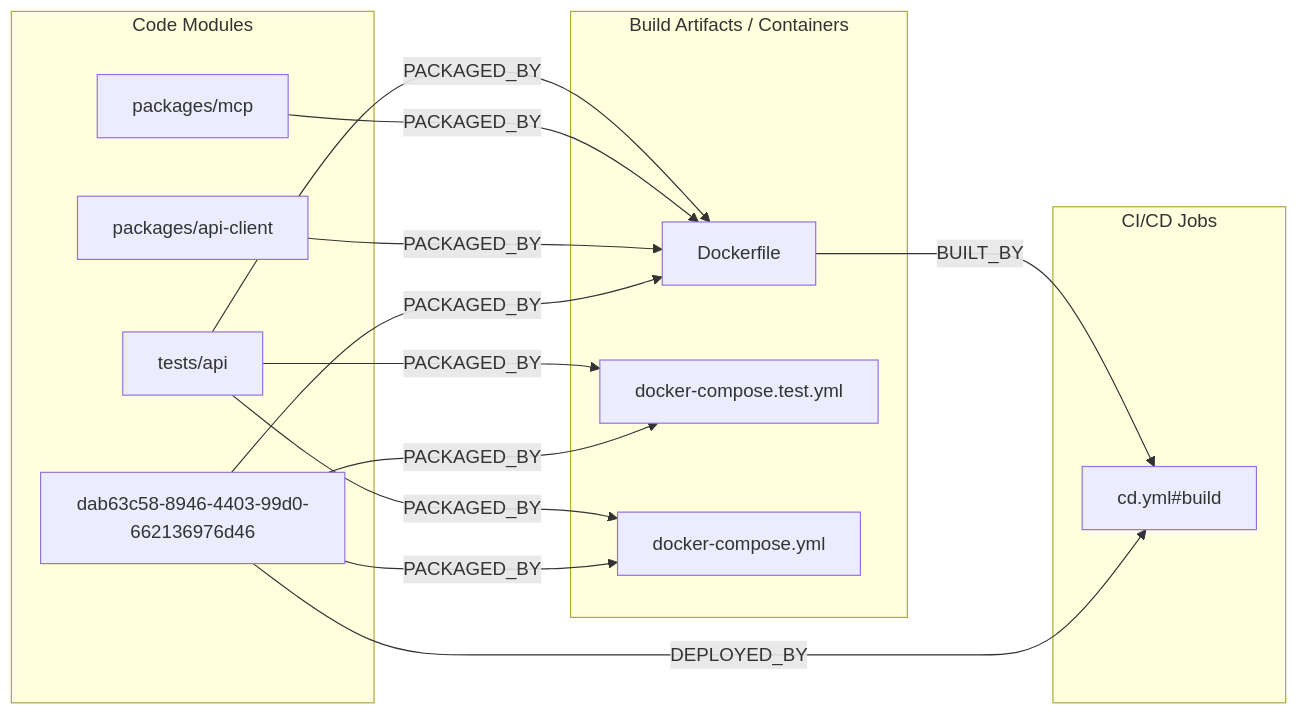
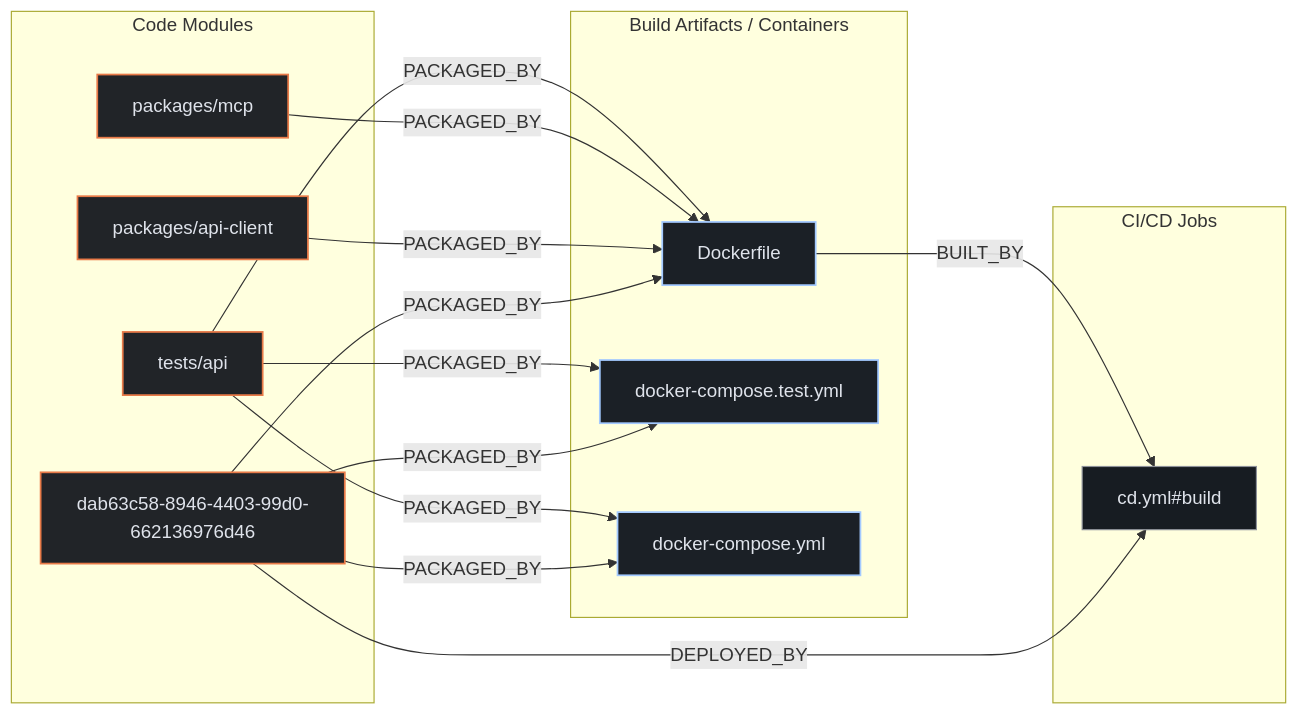
One commit to kumarshaz/atruss-code-atlas changed the second of 3 diagrams in exports/latest/reports/umami-software-umami-report.md. Above: the diagram before and after it, drawn with Mermaid. The commit also changed other lines of this file and 331 other files, not shown here.

Commit message:
docs,ui,fix: update SDLC docs, reorder CI/CD DAG first, stylize Mermaid, and fix Arc42 pipeline topology

````diff
--- a/exports/latest/reports/umami-software-umami-report.md
+++ b/exports/latest/reports/umami-software-umami-report.md
@@ -209,27 +216,31 @@
 ```mermaid
 flowchart LR
+    classDef atlasCategory fill:#212428,stroke:#E87A48,stroke-width:1.5px,color:#dfe3eb
+    classDef atlasWorkflow fill:#1b2026,stroke:#a3c9ff,stroke-width:1.5px,color:#dfe3eb
+    classDef atlasJob fill:#171c22,stroke:#8d9199,stroke-width:1px,color:#dfe3eb
+    classDef atlasTarget fill:#005227,stroke:#8bd99b,stroke-width:1.5px,color:#a7f6b6
     subgraph code_modules["Code Modules"]
-        mod_dab63c58_8946_4403_99d0_662136976d46["dab63c58-8946-4403-99d0-662136976d46"]
-        mod_packages_api_client["packages/api-client"]
-        mod_packages_mcp["packages/mcp"]
-        mod_tests_api["tests/api"]
+        mod_dab63c58_8946_4403_99d0_662136976d46["dab63c58-8946-4403-99d0-662136976d46"]:::atlasCategory
+        mod_packages_api_client["packages/api-client"]:::atlasCategory
+        mod_packages_mcp["packages/mcp"]:::atlasCategory
+        mod_tests_api["tests/api"]:::atlasCategory
     end
     subgraph build_artifacts["Build Artifacts / Containers"]
-        art_Dockerfile["Dockerfile"]
-        art_docker_compose_test_yml["docker-compose.test.yml"]
-        art_docker_compose_yml["docker-compose.yml"]
+        art_Dockerfile["Dockerfile"]:::atlasWorkflow
+        art_docker_compose_test_yml["docker-compose.test.yml"]:::atlasWorkflow
+        art_docker_compose_yml["docker-compose.yml"]:::atlasWorkflow
     end
     subgraph ci_jobs["CI/CD Jobs"]
-        job_cd_yml_build["cd.yml#build"]
+        job_cd_yml_build["cd.yml#build"]:::atlasJob
     end
     mod_dab63c58_8946_4403_99d0_662136976d46 -->|DEPLOYED_BY| job_cd_yml_build
     mod_dab63c58_8946_4403_99d0_662136976d46 -->|PACKAGED_BY| art_Dockerfile
     mod_dab63c58_8946_4403_99d0_662136976d46 -->|PACKAGED_BY| art_docker_compose_test_yml
     mod_dab63c58_8946_4403_99d0_662136976d46 -->|PACKAGED_BY| art_docker_compose_yml
     mod_packages_api_client -->|PACKAGED_BY| art_Dockerfile
     mod_packages_mcp -->|PACKAGED_BY| art_Dockerfile
     mod_tests_api -->|PACKAGED_BY| art_Dockerfile
     mod_tests_api -->|PACKAGED_BY| art_docker_compose_test_yml
     mod_tests_api -->|PACKAGED_BY| art_docker_compose_yml
     art_Dockerfile -->|BUILT_BY| job_cd_yml_build
 ```
````
